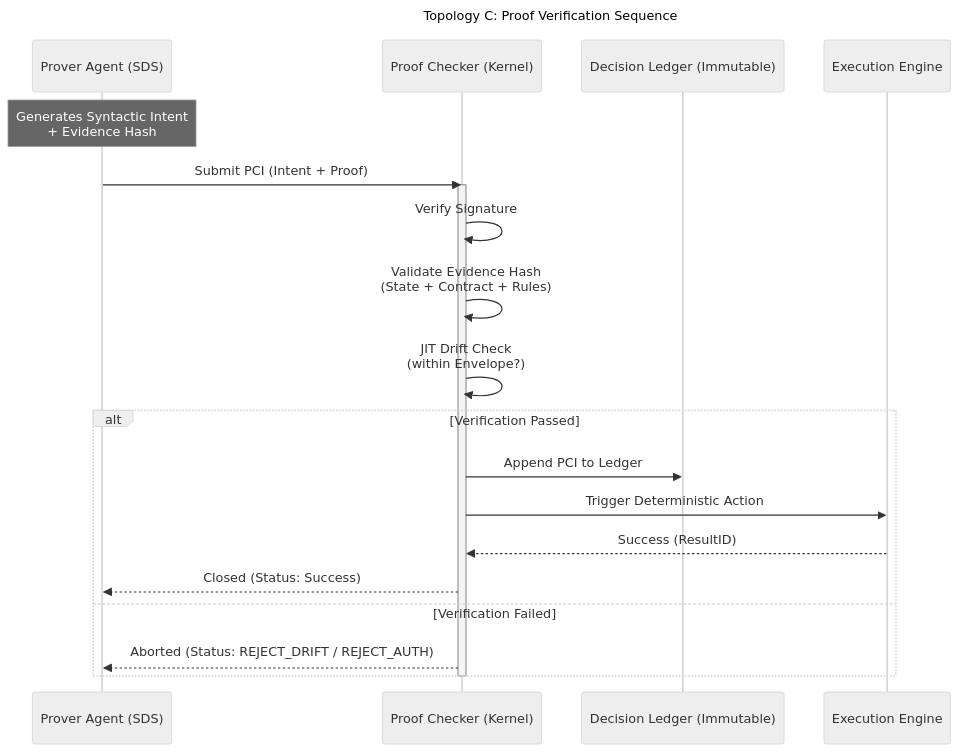
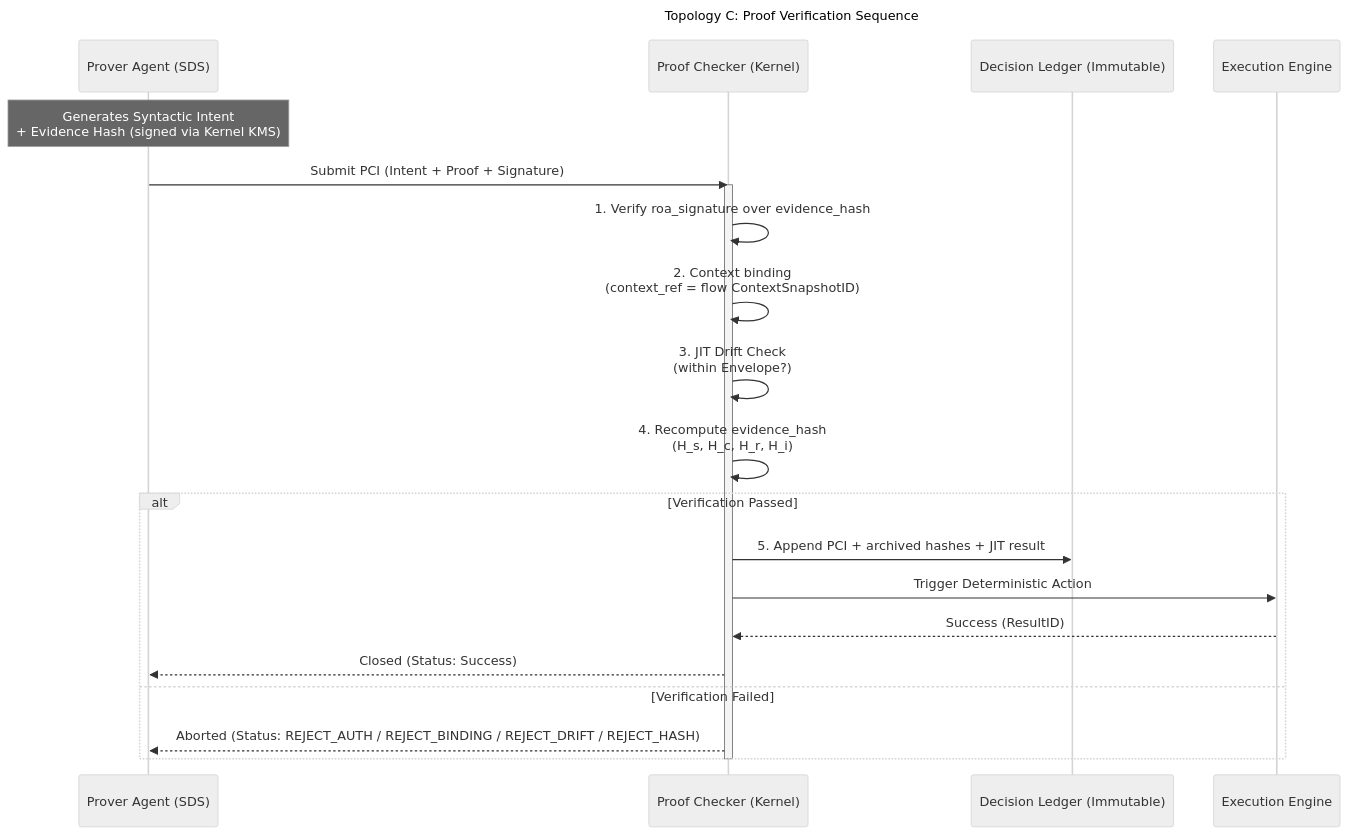
The ninth of 9 diagrams in docs/03-topologies/DIR_Topologies.md (huka81/decision-intelligence-runtime), drawn with Mermaid before and after one commit. The commit also changed other lines of this file and 4 other files, not shown here.

````diff
--- a/docs/03-topologies/DIR_Topologies.md
+++ b/docs/03-topologies/DIR_Topologies.md
@@ -992,32 +1021,33 @@
 ```mermaid
 ---
 title: "Topology C: Proof Verification Sequence"
 config:
   theme: neutral
   look: classic
 ---
 sequenceDiagram
     participant A as Prover Agent (SDS)
     participant K as Proof Checker (Kernel)
     participant L as Decision Ledger (Immutable)
     participant E as Execution Engine
 
-    Note over A: Generates Syntactic Intent<br/>+ Evidence Hash
-    A->>K: Submit PCI (Intent + Proof)
+    Note over A: Generates Syntactic Intent<br/>+ Evidence Hash (signed via Kernel KMS)
+    A->>K: Submit PCI (Intent + Proof + Signature)
     
     activate K
-    K->>K: Verify Signature
-    K->>K: Validate Evidence Hash<br/>(State + Contract + Rules)
-    K->>K: JIT Drift Check<br/>(within Envelope?)
+    K->>K: 1. Verify roa_signature over evidence_hash
+    K->>K: 2. Context binding<br/>(context_ref = flow ContextSnapshotID)
+    K->>K: 3. JIT Drift Check<br/>(within Envelope?)
+    K->>K: 4. Recompute evidence_hash<br/>(H_s, H_c, H_r, H_i)
     
     alt Verification Passed
-        K->>L: Append PCI to Ledger
+        K->>L: 5. Append PCI + archived hashes + JIT result
         K->>E: Trigger Deterministic Action
         E-->>K: Success (ResultID)
         K-->>A: Closed (Status: Success)
     else Verification Failed
-        K-->>A: Aborted (Status: REJECT_DRIFT / REJECT_AUTH)
+        K-->>A: Aborted (Status: REJECT_AUTH / REJECT_BINDING / REJECT_DRIFT / REJECT_HASH)
     end
     deactivate K
 
 ```
````
